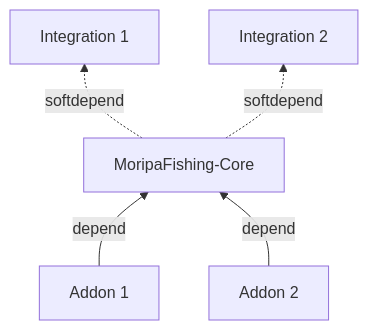
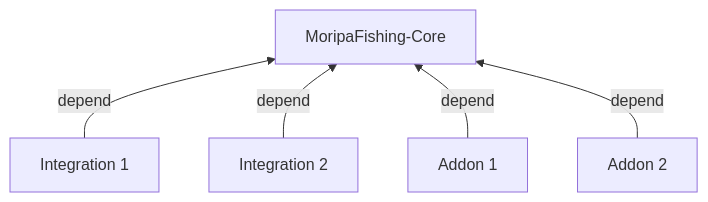
One commit to morinoparty/MoripaFishing changed the diagram in docs/content/docs/(core)/index.mdx. Above: the diagram before and after it, drawn with Mermaid. The commit also changed other lines of this file and 116 other files, not shown here.

````diff
--- a/docs/content/docs/(core)/index.mdx
+++ b/docs/content/docs/(core)/index.mdx
@@ -69,16 +69,16 @@
 ```mermaid
 flowchart BT
     core[MoripaFishing-Core]
 
     int1[Integration 1]
     int2[Integration 2]
 
     addon1[Addon 1]
     addon2[Addon 2]
 
-    core -.softdepend.-> int1
-    core -.softdepend.-> int2
+    int1 -- depend --> core
+    int2 -- depend --> core
 
     addon1 -- depend --> core
     addon2 -- depend --> core
 ```
````
